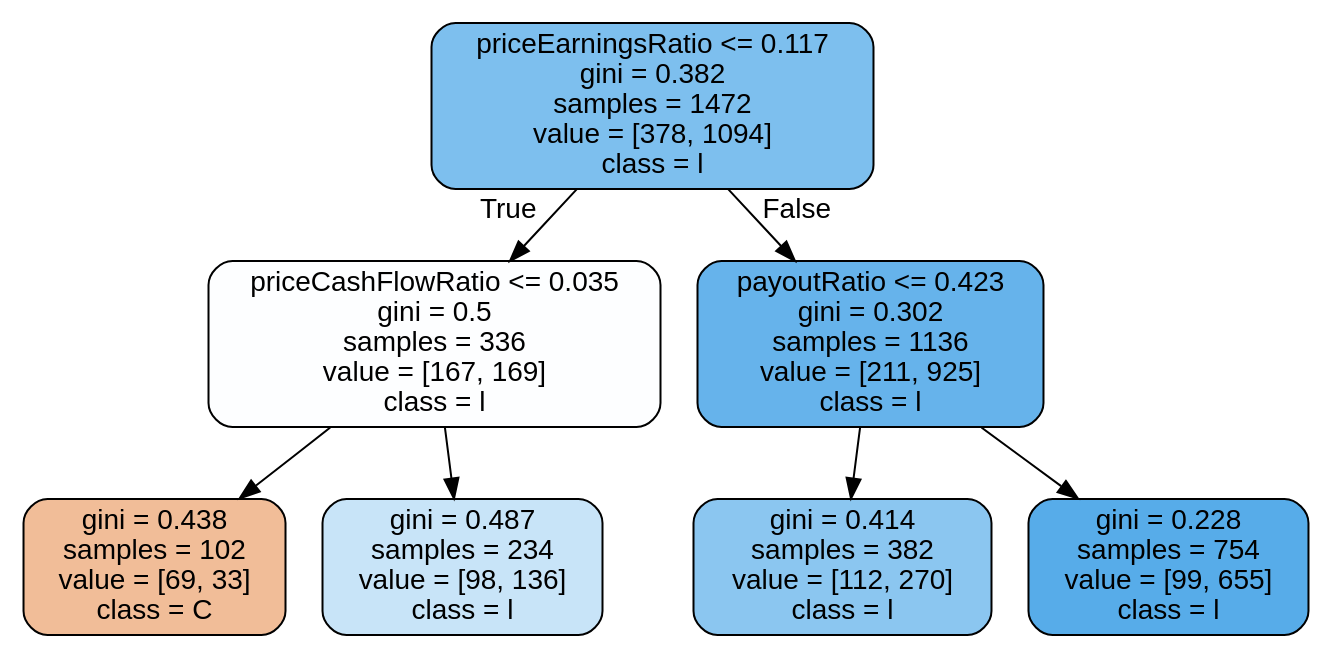
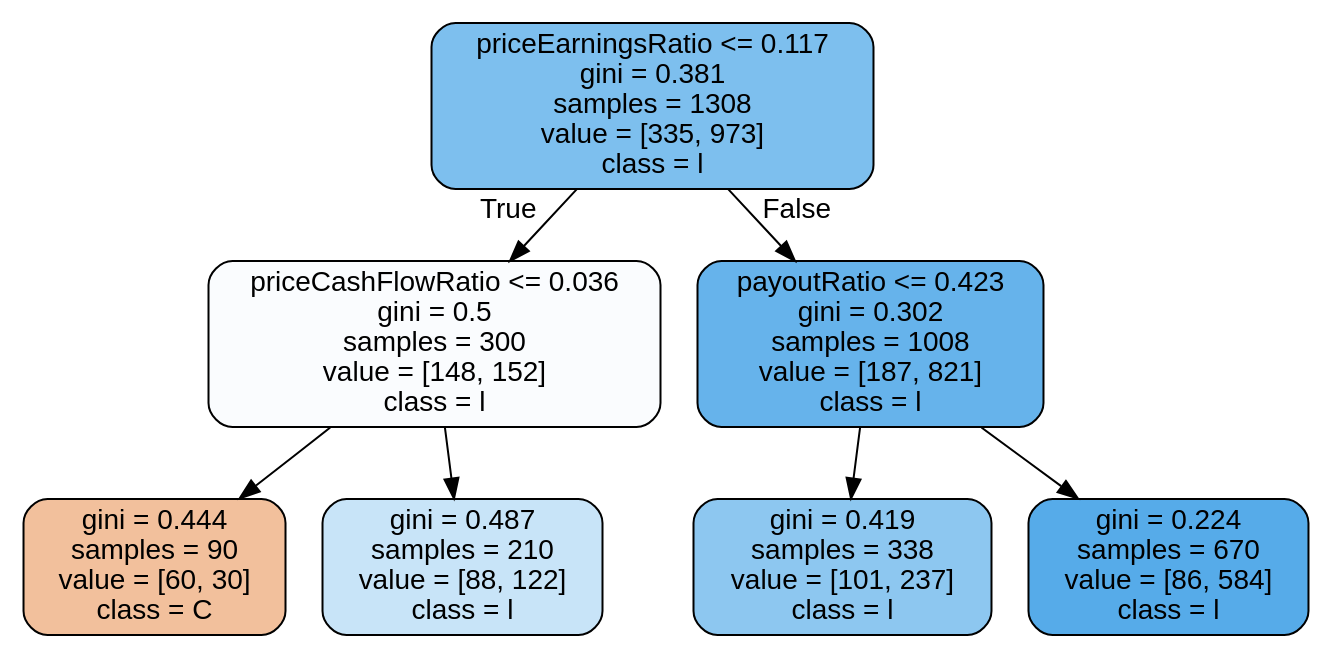
One commit to WafflesAreFriends/CPSC-4310-Stocks changed the diagram in DAP3/gini.dot. Above: the diagram before and after it, drawn with Graphviz. The commit also changed 2 other files, not shown here.

```diff
--- a/DAP3/gini.dot
+++ b/DAP3/gini.dot
@@ -1,17 +1,17 @@
 digraph Tree {
 node [shape=box, style="filled, rounded", color="black", fontname=helvetica] ;
 edge [fontname=helvetica] ;
-0 [label="priceEarningsRatio <= 0.117\ngini = 0.382\nsamples = 1472\nvalue = [378, 1094]\nclass = l", fillcolor="#7dbfee"] ;
-1 [label="priceCashFlowRatio <= 0.035\ngini = 0.5\nsamples = 336\nvalue = [167, 169]\nclass = l", fillcolor="#fdfeff"] ;
+0 [label="priceEarningsRatio <= 0.117\ngini = 0.381\nsamples = 1308\nvalue = [335, 973]\nclass = l", fillcolor="#7dbfee"] ;
+1 [label="priceCashFlowRatio <= 0.036\ngini = 0.5\nsamples = 300\nvalue = [148, 152]\nclass = l", fillcolor="#fafcfe"] ;
 0 -> 1 [labeldistance=2.5, labelangle=45, headlabel="True"] ;
-2 [label="gini = 0.438\nsamples = 102\nvalue = [69, 33]\nclass = C", fillcolor="#f1bd98"] ;
+2 [label="gini = 0.444\nsamples = 90\nvalue = [60, 30]\nclass = C", fillcolor="#f2c09c"] ;
 1 -> 2 ;
-3 [label="gini = 0.487\nsamples = 234\nvalue = [98, 136]\nclass = l", fillcolor="#c8e4f8"] ;
+3 [label="gini = 0.487\nsamples = 210\nvalue = [88, 122]\nclass = l", fillcolor="#c8e4f8"] ;
 1 -> 3 ;
-4 [label="payoutRatio <= 0.423\ngini = 0.302\nsamples = 1136\nvalue = [211, 925]\nclass = l", fillcolor="#66b3eb"] ;
+4 [label="payoutRatio <= 0.423\ngini = 0.302\nsamples = 1008\nvalue = [187, 821]\nclass = l", fillcolor="#66b3eb"] ;
 0 -> 4 [labeldistance=2.5, labelangle=-45, headlabel="False"] ;
-5 [label="gini = 0.414\nsamples = 382\nvalue = [112, 270]\nclass = l", fillcolor="#8bc6f0"] ;
+5 [label="gini = 0.419\nsamples = 338\nvalue = [101, 237]\nclass = l", fillcolor="#8dc7f0"] ;
 4 -> 5 ;
-6 [label="gini = 0.228\nsamples = 754\nvalue = [99, 655]\nclass = l", fillcolor="#57ace9"] ;
+6 [label="gini = 0.224\nsamples = 670\nvalue = [86, 584]\nclass = l", fillcolor="#56abe9"] ;
 4 -> 6 ;
 }
```
